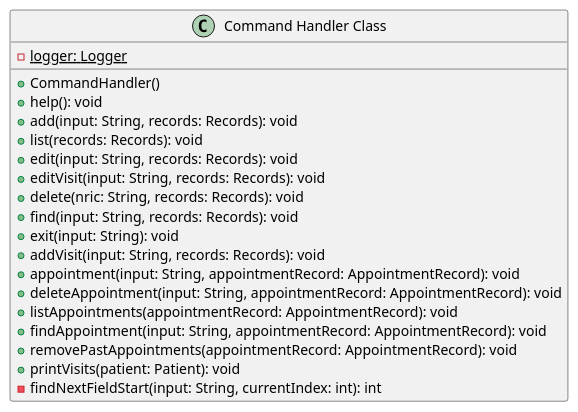
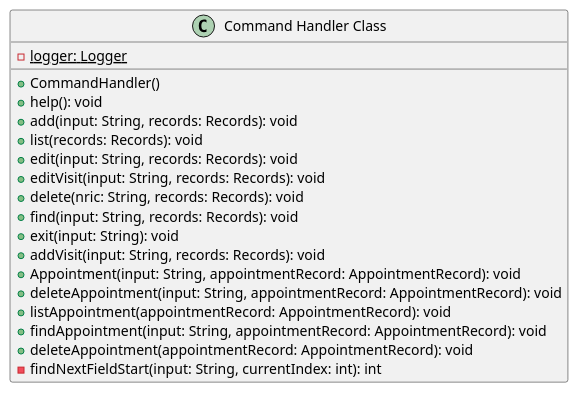
The diagram in docs/CommandHandler.puml (yentheng0110/tp), drawn with PlantUML before and after one commit.

Commit message:
Update commands, fix some typos

```diff
--- a/docs/CommandHandler.puml
+++ b/docs/CommandHandler.puml
@@ -1,23 +1,22 @@
 @startuml
 'https://plantuml.com/class-diagram
 class "Command Handler Class" {
 -{static} logger: Logger
 +CommandHandler()
 +help(): void
 +add(input: String, records: Records): void
 +list(records: Records): void
 +edit(input: String, records: Records): void
 +editVisit(input: String, records: Records): void
 +delete(nric: String, records: Records): void
 +find(input: String, records: Records): void
 +exit(input: String): void
 +addVisit(input: String, records: Records): void
-+appointment(input: String, appointmentRecord: AppointmentRecord): void
++Appointment(input: String, appointmentRecord: AppointmentRecord): void
 +deleteAppointment(input: String, appointmentRecord: AppointmentRecord): void
-+listAppointments(appointmentRecord: AppointmentRecord): void
++listAppointment(appointmentRecord: AppointmentRecord): void
 +findAppointment(input: String, appointmentRecord: AppointmentRecord): void
-+removePastAppointments(appointmentRecord: AppointmentRecord): void
-+printVisits(patient: Patient): void
++deleteAppointment(appointmentRecord: AppointmentRecord): void
 -findNextFieldStart(input: String, currentIndex: int): int
 }
 @enduml
```
